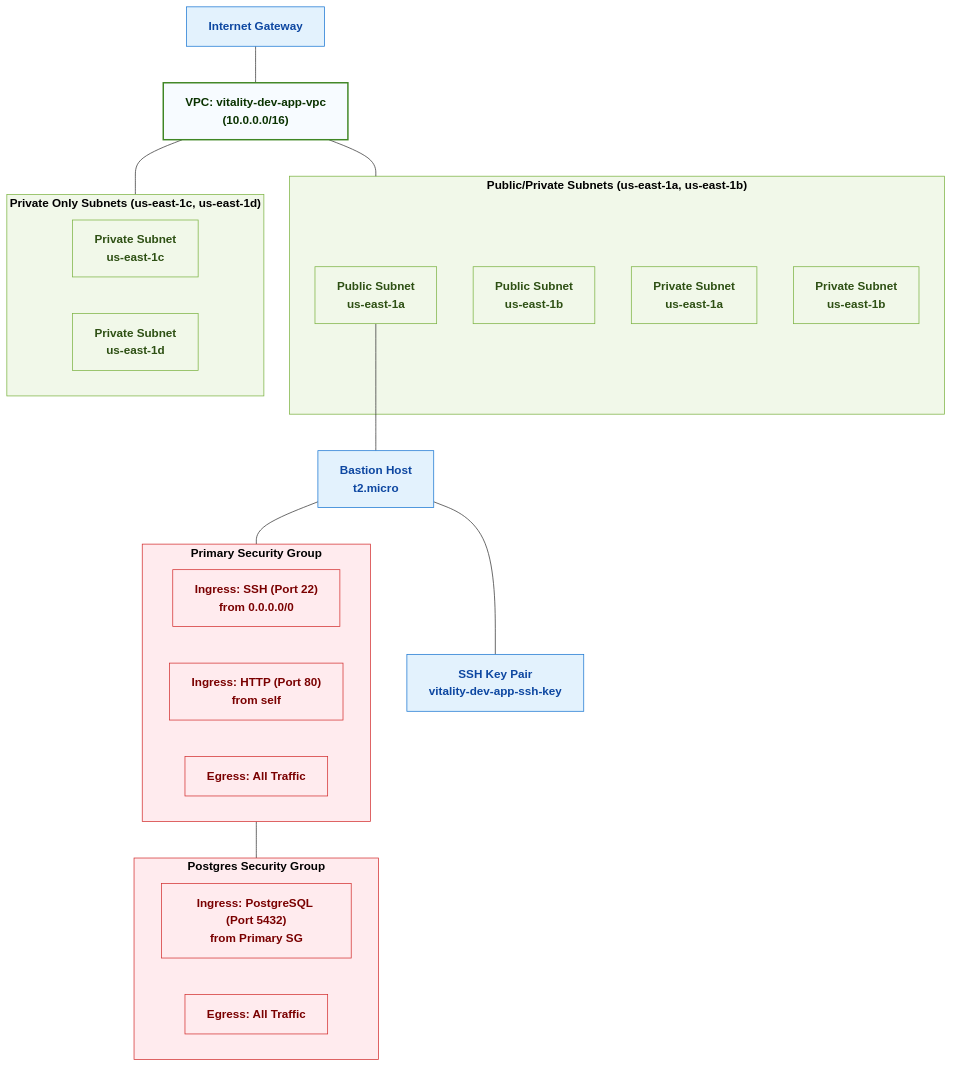
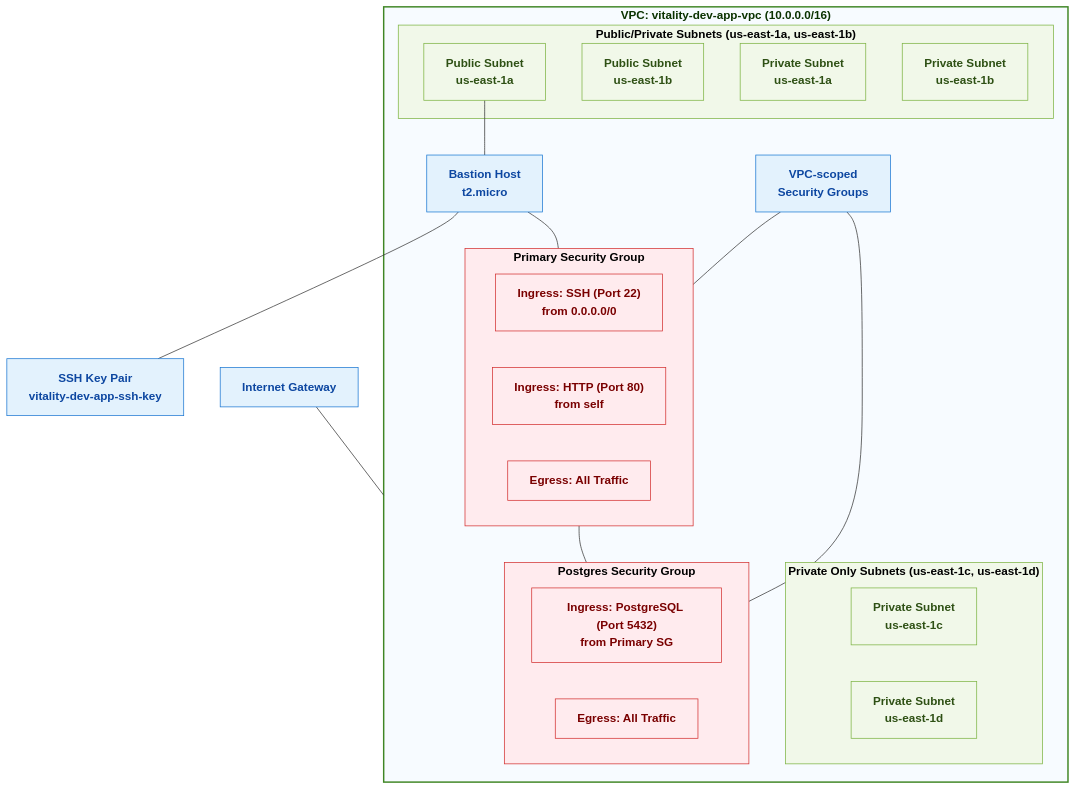
The diagram in arch/network/network_architecture.md (christine-malloy/case-study-vitality), drawn with Mermaid before and after one commit. The commit also changed other lines of this file and 4 other files, not shown here.

````diff
--- a/arch/network/network_architecture.md
+++ b/arch/network/network_architecture.md
@@ -5,59 +5,64 @@
 ```mermaid
 flowchart TB
     %% Define styles
     classDef vpc fill:#F7FBFF,stroke:#3F8624,stroke-width:2px,color:#0A3200,font-weight:bold
     classDef subnet fill:#F1F8E9,stroke:#7CB342,stroke-width:1px,color:#2E5014,font-weight:bold
     classDef securityGroup fill:#FFEBEE,stroke:#D32F2F,stroke-width:1px,color:#7A0000,font-weight:bold
     classDef component fill:#E3F2FD,stroke:#1976D2,stroke-width:1px,color:#0D47A1,font-weight:bold
     classDef subgraphTitle color:#000000,font-weight:bold
 
-    %% Main VPC
-    vpc["VPC: vitality-dev-app-vpc<br>(10.0.0.0/16)"]
-    
-    %% Public/Private Subnets
-    subgraph publicPrivateSubnets["Public/Private Subnets (us-east-1a, us-east-1b)"]
-        publicSubnetA["Public Subnet<br>us-east-1a"]
-        publicSubnetB["Public Subnet<br>us-east-1b"]
-        privateSubnetA["Private Subnet<br>us-east-1a"]
-        privateSubnetB["Private Subnet<br>us-east-1b"]
+    %% Main VPC with all components inside
+    subgraph vpc["VPC: vitality-dev-app-vpc (10.0.0.0/16)"]
+        %% Public/Private Subnets
+        subgraph publicPrivateSubnets["Public/Private Subnets (us-east-1a, us-east-1b)"]
+            publicSubnetA["Public Subnet<br>us-east-1a"]
+            publicSubnetB["Public Subnet<br>us-east-1b"]
+            privateSubnetA["Private Subnet<br>us-east-1a"]
+            privateSubnetB["Private Subnet<br>us-east-1b"]
+        end
+        
+        %% Private Only Subnets
+        subgraph privateOnlySubnets["Private Only Subnets (us-east-1c, us-east-1d)"]
+            privateSubnetC["Private Subnet<br>us-east-1c"]
+            privateSubnetD["Private Subnet<br>us-east-1d"]
+        end
+        
+        %% Security Groups - Now clearly inside the VPC
+        subgraph sgPrimary["Primary Security Group"]
+            sgPrimarySsh["Ingress: SSH (Port 22)<br>from 0.0.0.0/0"]
+            sgPrimaryHttp["Ingress: HTTP (Port 80)<br>from self"]
+            sgPrimaryEgress["Egress: All Traffic"]
+        end
+        
+        subgraph sgPostgres["Postgres Security Group"]
+            sgPostgresIngress["Ingress: PostgreSQL (Port 5432)<br>from Primary SG"]
+            sgPostgresEgress["Egress: All Traffic"]
+        end
+        
+        %% Bastion Host
+        bastion["Bastion Host<br>t2.micro"]
+        
+        %% VPC Label to show this is a VPC resource
+        vpcLabel["VPC-scoped<br>Security Groups"]
     end
     
-    %% Private Only Subnets
-    subgraph privateOnlySubnets["Private Only Subnets (us-east-1c, us-east-1d)"]
-        privateSubnetC["Private Subnet<br>us-east-1c"]
-        privateSubnetD["Private Subnet<br>us-east-1d"]
-    end
-    
-    %% Security Groups
-    subgraph sgPrimary["Primary Security Group"]
-        sgPrimarySsh["Ingress: SSH (Port 22)<br>from 0.0.0.0/0"]
-        sgPrimaryHttp["Ingress: HTTP (Port 80)<br>from self"]
-        sgPrimaryEgress["Egress: All Traffic"]
-    end
-    
-    subgraph sgPostgres["Postgres Security Group"]
-        sgPostgresIngress["Ingress: PostgreSQL (Port 5432)<br>from Primary SG"]
-        sgPostgresEgress["Egress: All Traffic"]
-    end
-    
-    %% Other Components
-    bastion["Bastion Host<br>t2.micro"]
+    %% External components
     igw["Internet Gateway"]
     keyPair["SSH Key Pair<br>vitality-dev-app-ssh-key"]
     
     %% Connections
     igw --- vpc
-    vpc --- publicPrivateSubnets
-    vpc --- privateOnlySubnets
     publicSubnetA --- bastion
     bastion --- sgPrimary
     sgPrimary --- sgPostgres
     bastion --- keyPair
+    vpcLabel --- sgPrimary
+    vpcLabel --- sgPostgres
     
     %% Apply Classes
     class vpc vpc
     class publicPrivateSubnets,privateOnlySubnets,publicSubnetA,publicSubnetB,privateSubnetA,privateSubnetB,privateSubnetC,privateSubnetD subnet
     class sgPrimary,sgPostgres,sgPrimarySsh,sgPrimaryHttp,sgPrimaryEgress,sgPostgresIngress,sgPostgresEgress securityGroup
-    class bastion,igw,keyPair component
+    class bastion,igw,keyPair,vpcLabel component
     class publicPrivateSubnets,privateOnlySubnets,sgPrimary,sgPostgres subgraphTitle
 ```
````
